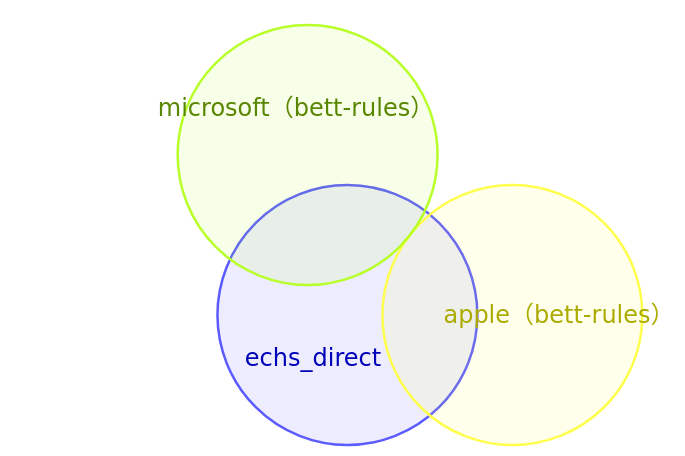
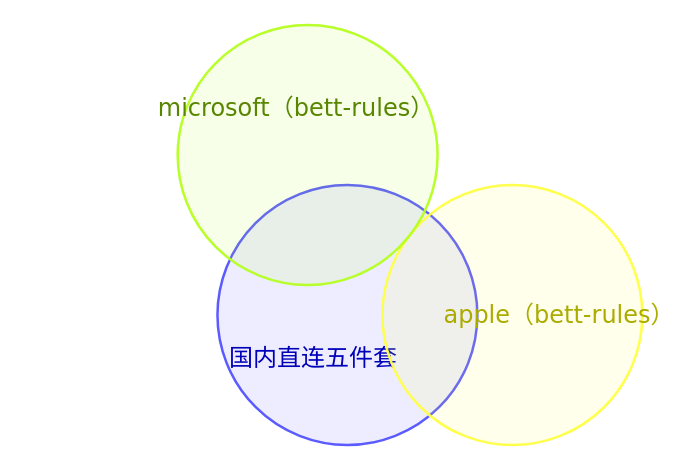
The second of 5 diagrams in README.md (XVSVTsama/XVSVT-Clash-Config), drawn with Mermaid before and after one commit. The commit also changed other lines of this file and 2 other files, not shown here.

First line of the commit message:
refactor(rules): split echs_direct into five explicit CN direct rulesets

````diff
--- a/README.md
+++ b/README.md
@@ -293,8 +293,8 @@
 ```mermaid
 venn-beta
-  set E["echs_direct"]
+  set E["国内直连五件套"]
   set P["apple（bett-rules）"]
   set M["microsoft（bett-rules）"]
   union E,P
   union E,M
 ```
````
